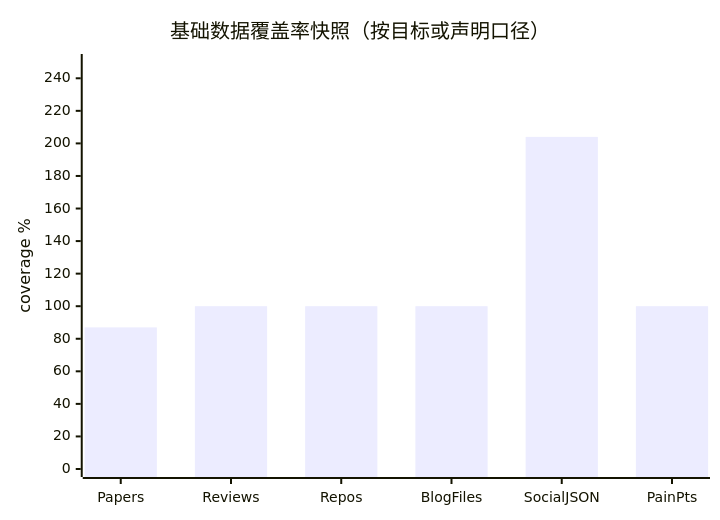
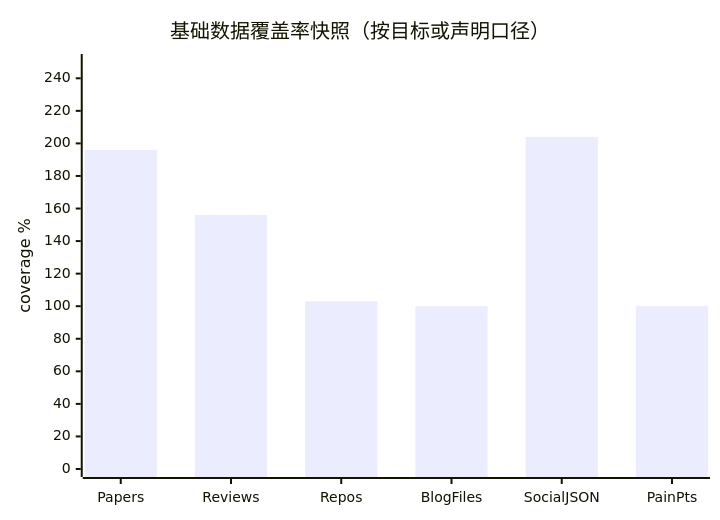
The first of 2 diagrams in survey/figures/data-coverage-dashboard.md (Shiyao-Huang/awesome-agent-evolution), drawn with Mermaid before and after one commit. The commit also changed other lines of this file and 112 other files, not shown here.

````diff
--- a/survey/figures/data-coverage-dashboard.md
+++ b/survey/figures/data-coverage-dashboard.md
@@ -20,7 +20,7 @@
 ```mermaid
 xychart-beta
     title "基础数据覆盖率快照（按目标或声明口径）"
     x-axis ["Papers", "Reviews", "Repos", "BlogFiles", "SocialJSON", "PainPts"]
     y-axis "coverage %" 0 --> 250
-    bar [87, 100, 100, 100, 204, 100]
+    bar [196, 156, 103, 100, 204, 100]
 ```
````
